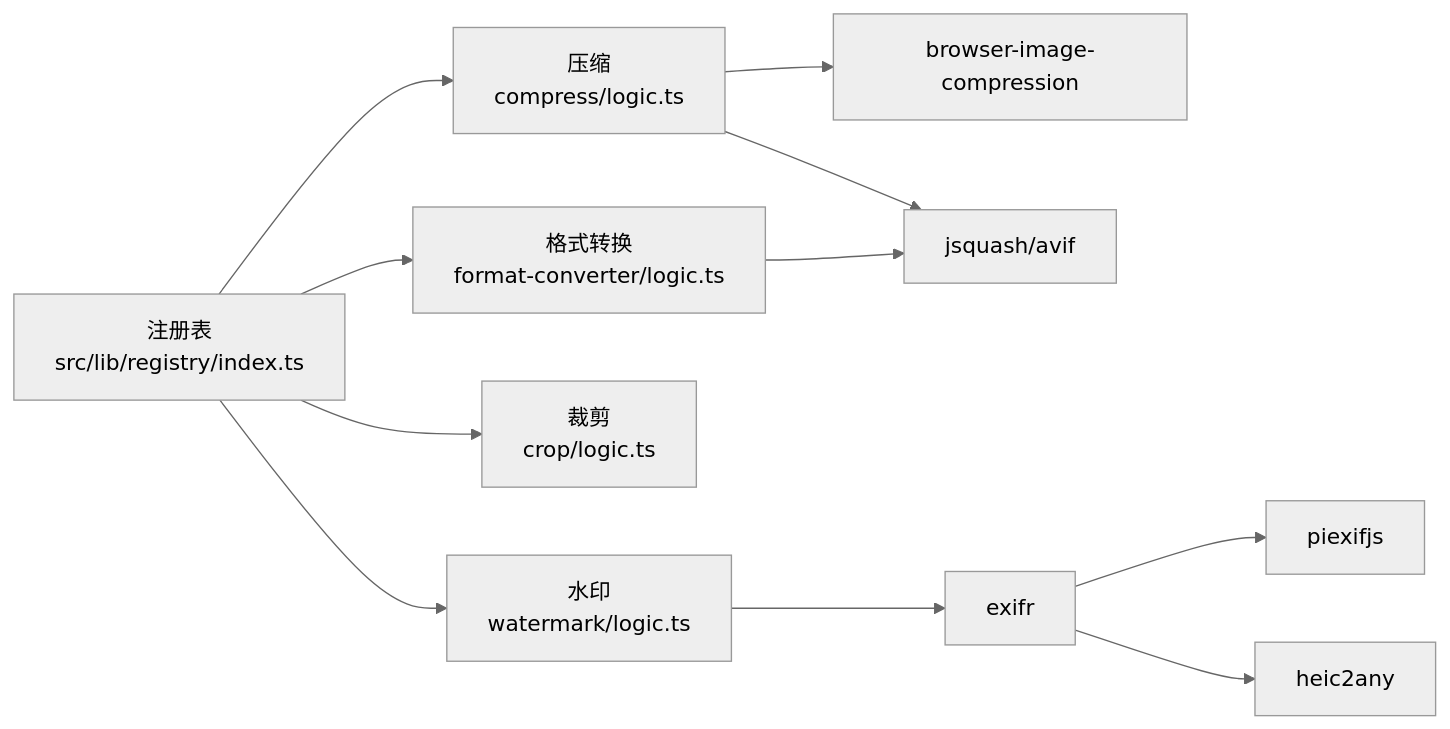
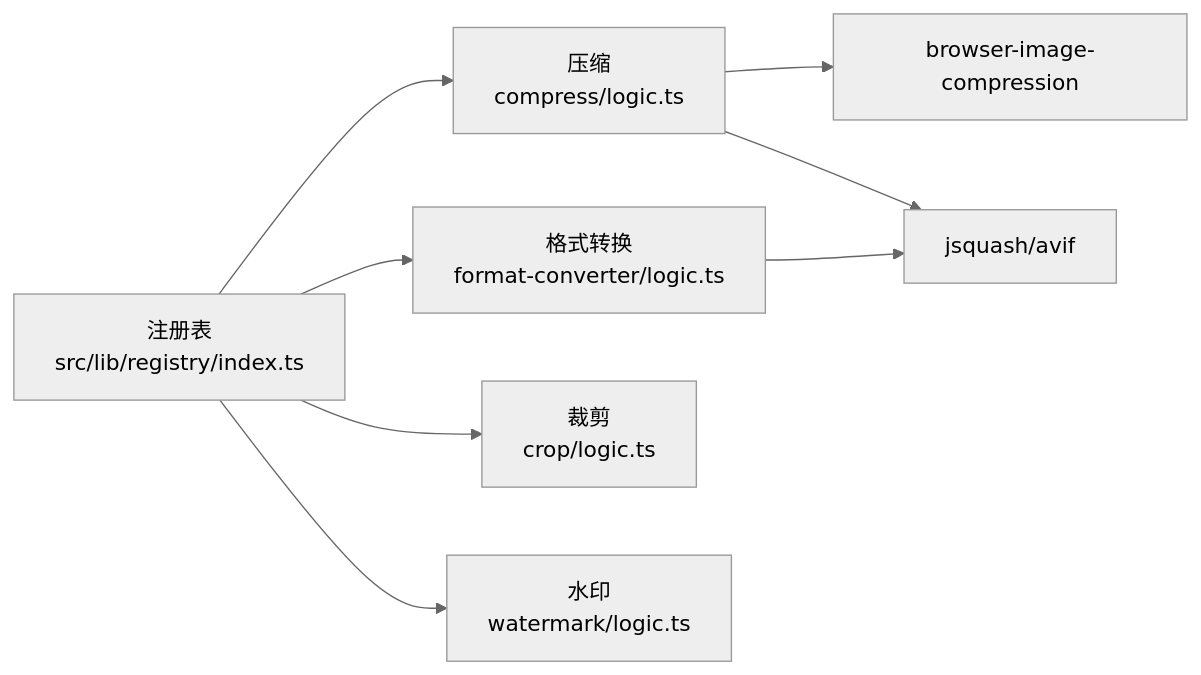
Before and after one commit to sgyy/privadeck: the fourth of 4 diagrams in .qoder/repowiki/zh/content/图像工具/图像工具.md, drawn with Mermaid (neutral theme). The commit also changed other lines of this file and 23 other files, not shown here.

````diff
--- a/.qoder/repowiki/zh/content/图像工具/图像工具.md
+++ b/.qoder/repowiki/zh/content/图像工具/图像工具.md
@@ -576,23 +348,17 @@
 ```mermaid
 graph LR
 REG["注册表<br/>src/lib/registry/index.ts"]
 COMP["压缩<br/>compress/logic.ts"]
 FMT["格式转换<br/>format-converter/logic.ts"]
 CROP["裁剪<br/>crop/logic.ts"]
 WM["水印<br/>watermark/logic.ts"]
 BIC["browser-image-compression"]
 JSQ["jsquash/avif"]
-EXIFR["exifr"]
-PIEXIF["piexifjs"]
-HEIC2ANY["heic2any"]
 REG --> COMP
 REG --> FMT
 REG --> CROP
 REG --> WM
 COMP --> BIC
 FMT --> JSQ
 COMP --> JSQ
-WM --> EXIFR
-EXIFR --> PIEXIF
-EXIFR --> HEIC2ANY
 ```
````
